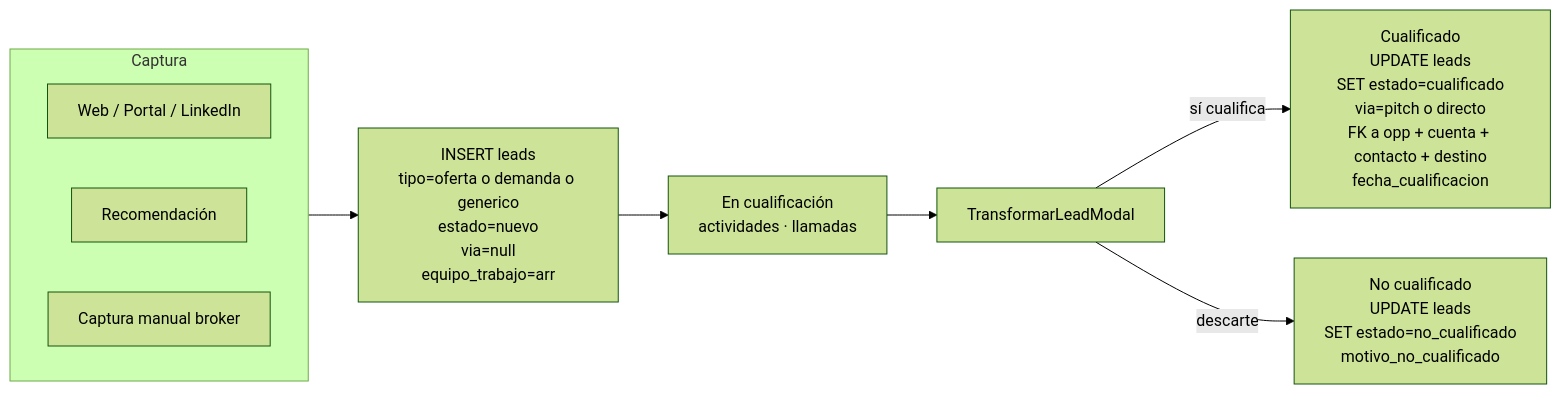
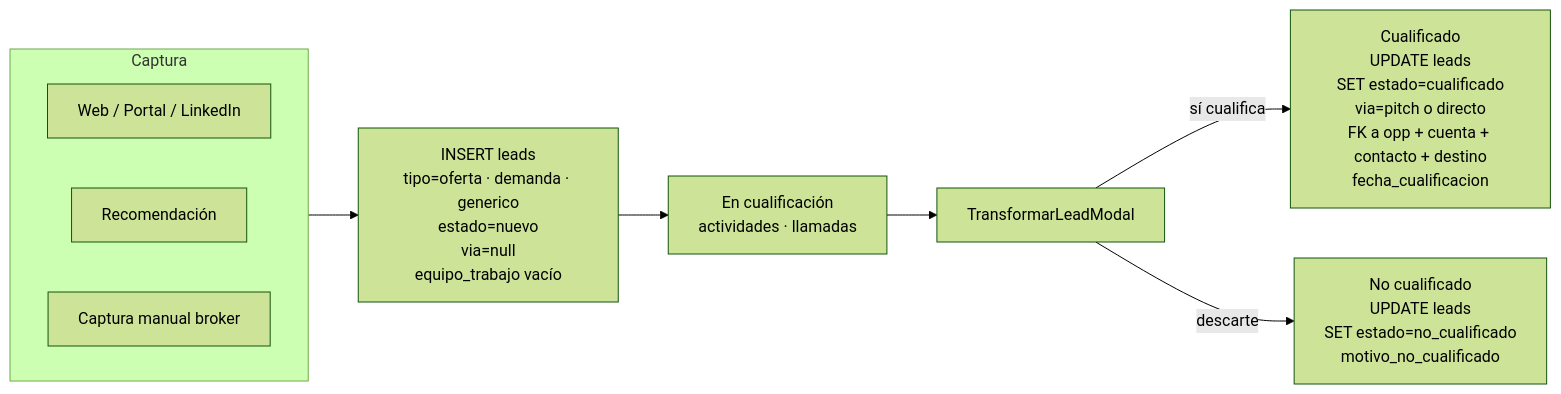
Before and after one commit to alvarosierra90-dot/pdb-crm: diagram 32 of 55 in docs/diagramas-bd.md, drawn with Mermaid (forest theme). The commit also changed other lines of this file and 2 other files, not shown here.

First line of the commit message:
docs: generador de PPTX a partir del .md de diagramas

````diff
--- a/docs/diagramas-bd.md
+++ b/docs/diagramas-bd.md
@@ -997,19 +997,19 @@
 ```mermaid
 flowchart LR
   subgraph CAP[Captura]
     direction LR
     s1[Web / Portal / LinkedIn]
     s2[Recomendación]
     s3[Captura manual broker]
   end
-  ins[INSERT leads<br/>tipo=oferta o demanda o generico<br/>estado=nuevo<br/>via=null<br/>equipo_trabajo=arr]
+  ins[INSERT leads<br/>tipo=oferta · demanda · generico<br/>estado=nuevo<br/>via=null<br/>equipo_trabajo vacío]
   cua[En cualificación<br/>actividades · llamadas]
   modal[TransformarLeadModal]
 
   ok[Cualificado<br/>UPDATE leads<br/>SET estado=cualificado<br/>via=pitch o directo<br/>FK a opp + cuenta + contacto + destino<br/>fecha_cualificacion]
   ko[No cualificado<br/>UPDATE leads<br/>SET estado=no_cualificado<br/>motivo_no_cualificado]
 
   CAP --> ins --> cua --> modal
   modal -->|sí cualifica| ok
   modal -->|descarte| ko
 ```
````
